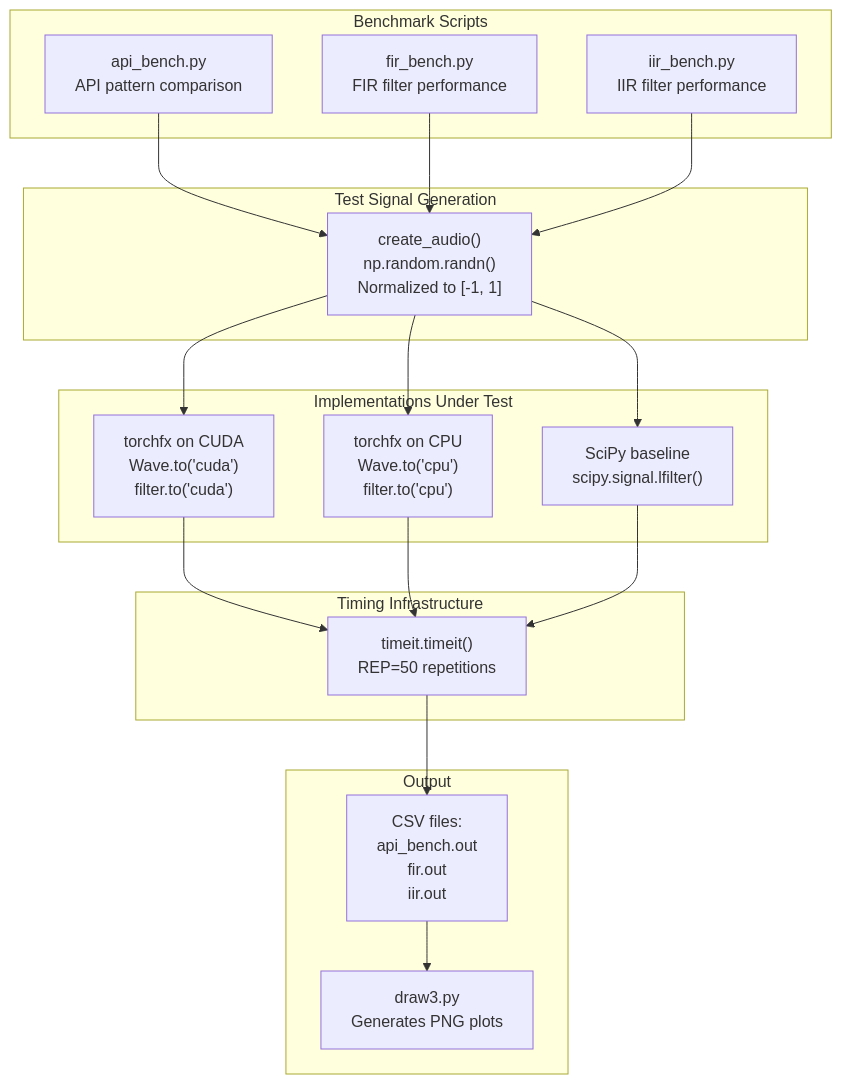
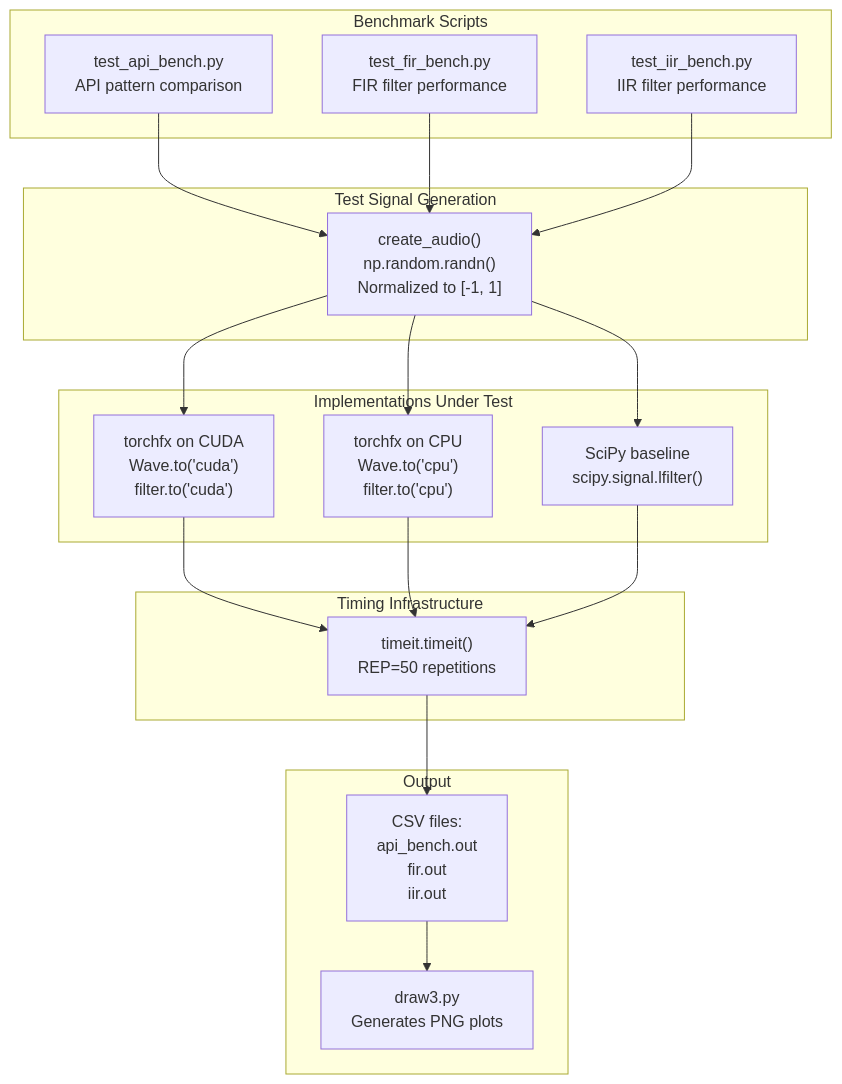
One commit to matteospanio/torchfx changed the first of 4 diagrams in docs/source/guides/developer/benchmarking.md. Above: the diagram before and after it, drawn with Mermaid. The commit also changed other lines of this file and 3 other files, not shown here.

````diff
--- a/docs/source/guides/developer/benchmarking.md
+++ b/docs/source/guides/developer/benchmarking.md
@@ -35,42 +35,42 @@
 ```{mermaid}
 graph TB
     subgraph "Benchmark Scripts"
-        API["api_bench.py<br/>API pattern comparison"]
-        FIR["fir_bench.py<br/>FIR filter performance"]
-        IIR["iir_bench.py<br/>IIR filter performance"]
+        API["test_api_bench.py<br/>API pattern comparison"]
+        FIR["test_fir_bench.py<br/>FIR filter performance"]
+        IIR["test_iir_bench.py<br/>IIR filter performance"]
     end
 
     subgraph "Test Signal Generation"
         CreateAudio["create_audio()<br/>np.random.randn()<br/>Normalized to [-1, 1]"]
     end
 
     subgraph "Implementations Under Test"
         TorchFX_GPU["torchfx on CUDA<br/>Wave.to('cuda')<br/>filter.to('cuda')"]
         TorchFX_CPU["torchfx on CPU<br/>Wave.to('cpu')<br/>filter.to('cpu')"]
         SciPy_Baseline["SciPy baseline<br/>scipy.signal.lfilter()"]
     end
 
     subgraph "Timing Infrastructure"
         TimeitModule["timeit.timeit()<br/>REP=50 repetitions"]
     end
 
     subgraph "Output"
         CSV["CSV files:<br/>api_bench.out<br/>fir.out<br/>iir.out"]
         Visualization["draw3.py<br/>Generates PNG plots"]
     end
 
     API --> CreateAudio
     FIR --> CreateAudio
     IIR --> CreateAudio
 
     CreateAudio --> TorchFX_GPU
     CreateAudio --> TorchFX_CPU
     CreateAudio --> SciPy_Baseline
 
     TorchFX_GPU --> TimeitModule
     TorchFX_CPU --> TimeitModule
     SciPy_Baseline --> TimeitModule
 
     TimeitModule --> CSV
     CSV --> Visualization
 ```
````
